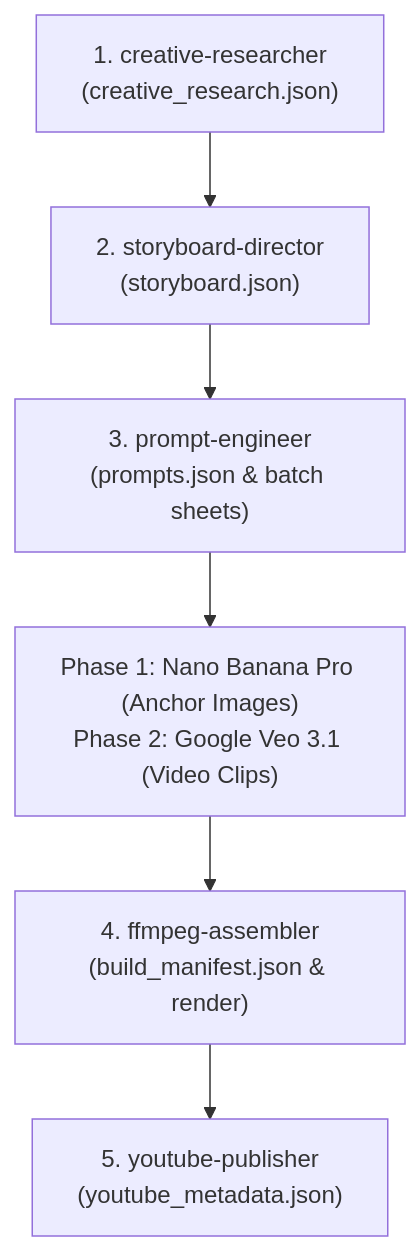
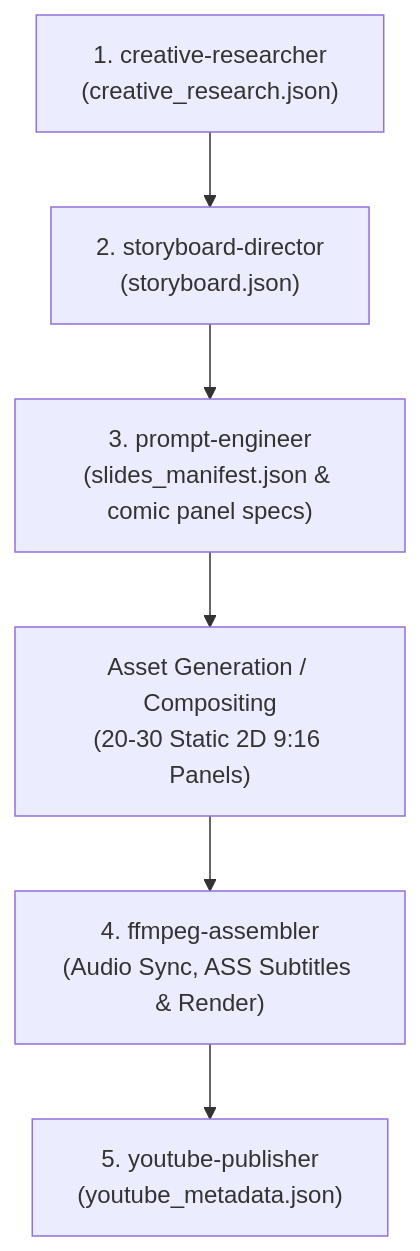
One commit to arnav-1124/stickman-video-director-v1 changed the diagram in .agents/rules/generation_workflow.md. Above: the diagram before and after it, drawn with Mermaid. The commit also changed other lines of this file and 124 other files, not shown here.

Commit message:
feat(ep04): complete 42-slide English and Hindi final video builds with natural conversational voiceover, zero-caption Hindi render, and viral publishing kit

````diff
--- a/.agents/rules/generation_workflow.md
+++ b/.agents/rules/generation_workflow.md
@@ -6,8 +6,8 @@
 ```mermaid
 graph TD
     A["1. creative-researcher<br/>(creative_research.json)"] --> B["2. storyboard-director<br/>(storyboard.json)"]
-    B --> C["3. prompt-engineer<br/>(prompts.json & batch sheets)"]
-    C --> D["Phase 1: Nano Banana Pro (Anchor Images)<br/>Phase 2: Google Veo 3.1 (Video Clips)"]
-    D --> E["4. ffmpeg-assembler<br/>(build_manifest.json & render)"]
+    B --> C["3. prompt-engineer<br/>(slides_manifest.json & comic panel specs)"]
+    C --> D["Asset Generation / Compositing<br/>(20-30 Static 2D 9:16 Panels)"]
+    D --> E["4. ffmpeg-assembler<br/>(Audio Sync, ASS Subtitles & Render)"]
     E --> F["5. youtube-publisher<br/>(youtube_metadata.json)"]
 ```
````
